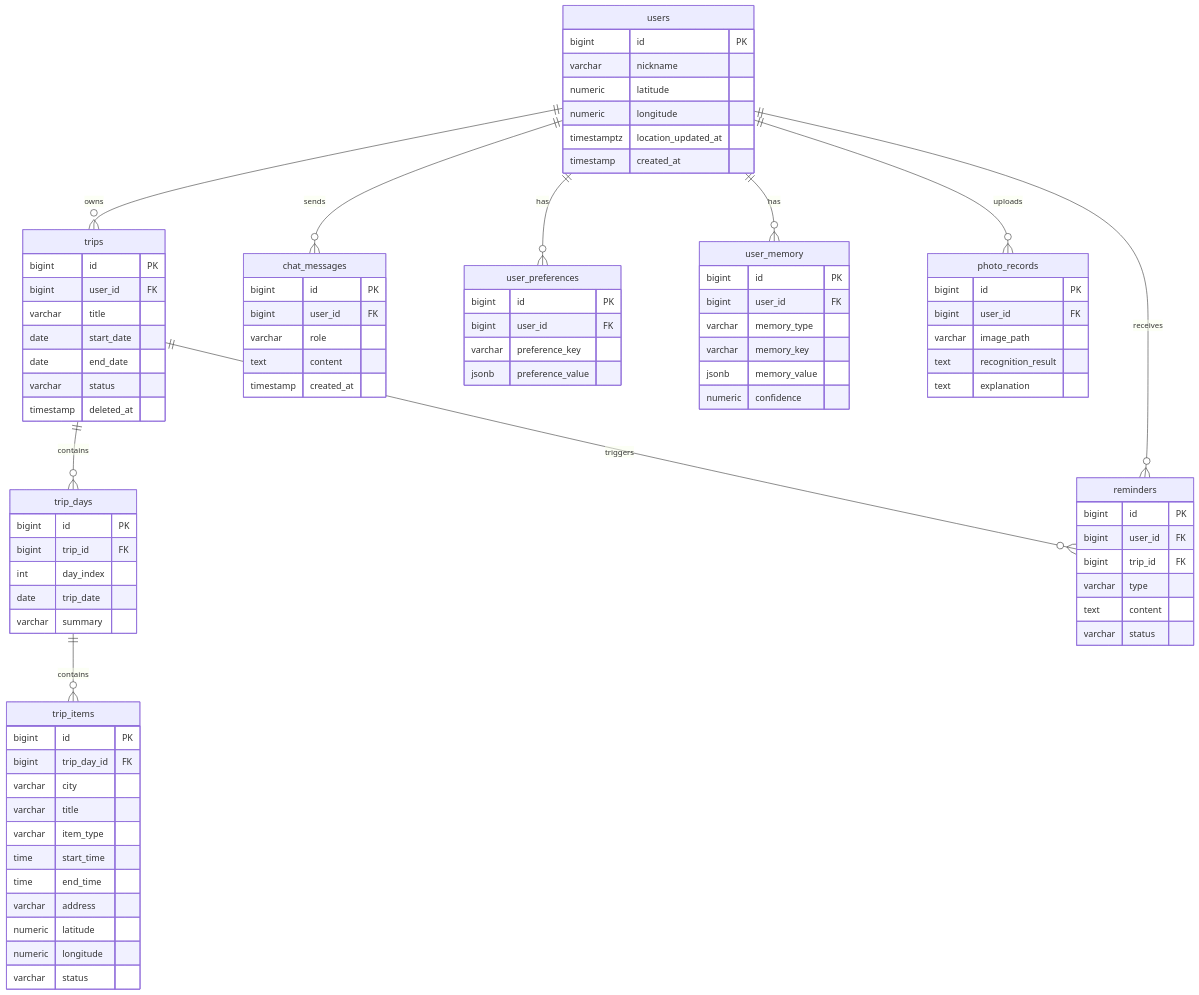
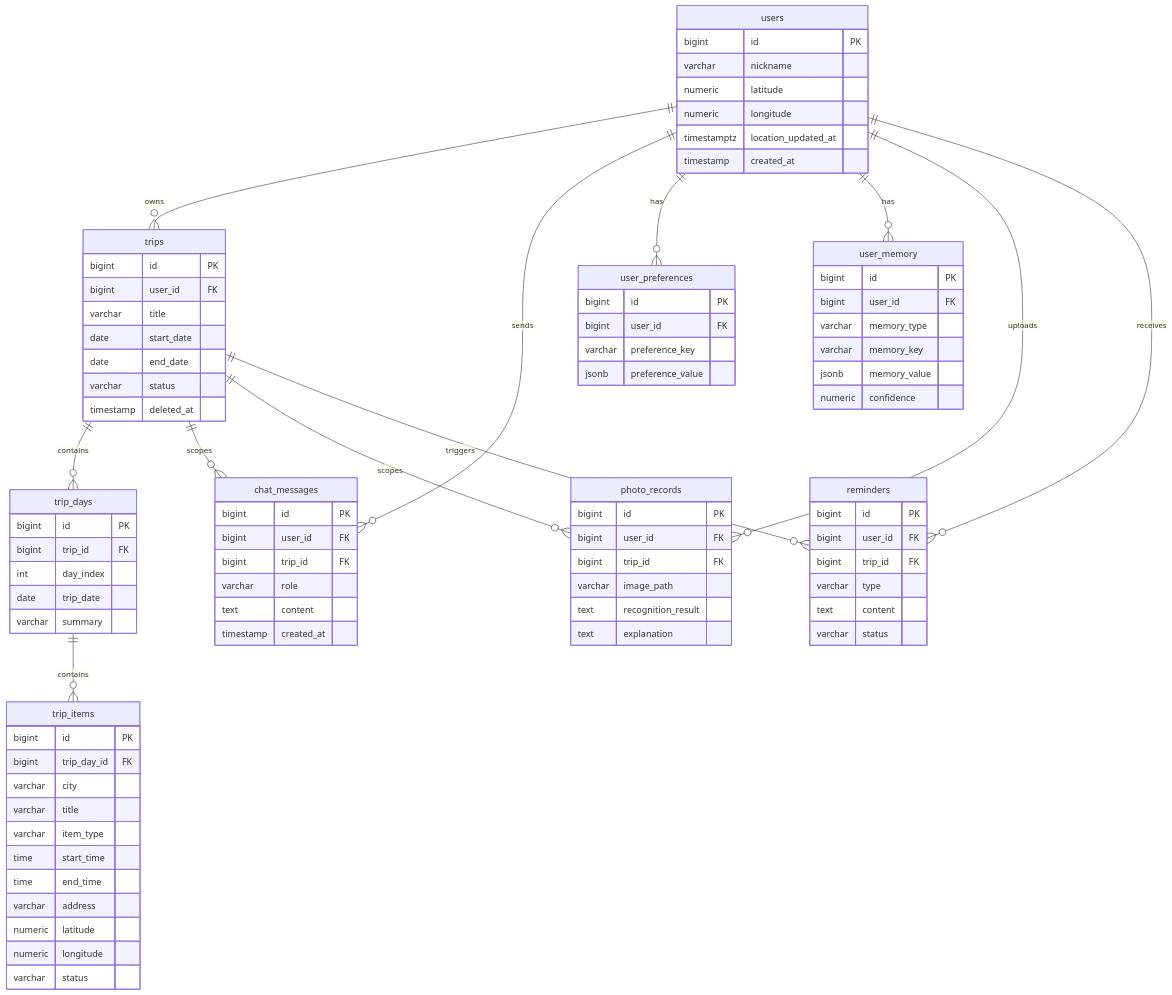
One commit to linzch23/DaoYou changed the ninth of 10 diagrams in docs/技术设计文档.md. Above: the diagram before and after it, drawn with Mermaid. The commit also changed other lines of this file and 20 other files, not shown here.

```diff
--- a/docs/技术设计文档.md
+++ b/docs/技术设计文档.md
@@ -586,6 +595,8 @@
     users ||--o{ user_memory : has
     users ||--o{ photo_records : uploads
     users ||--o{ reminders : receives
+    trips ||--o{ chat_messages : scopes
+    trips ||--o{ photo_records : scopes
     trips ||--o{ reminders : triggers
 
     users {
@@ -632,6 +643,7 @@
     chat_messages {
         bigint id PK
         bigint user_id FK
+        bigint trip_id FK
         varchar role
         text content
         timestamp created_at
@@ -656,6 +668,7 @@
     photo_records {
         bigint id PK
         bigint user_id FK
+        bigint trip_id FK
         varchar image_path
         text recognition_result
         text explanation
```
